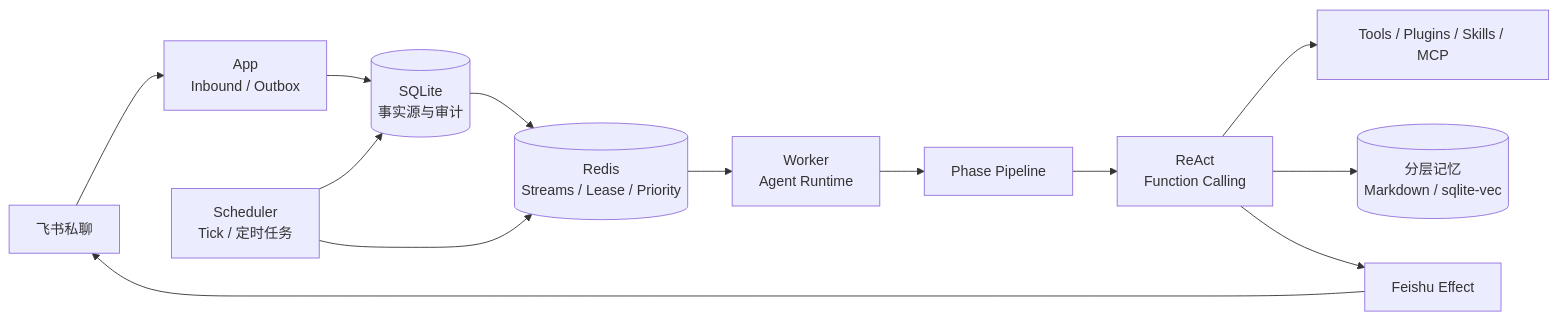
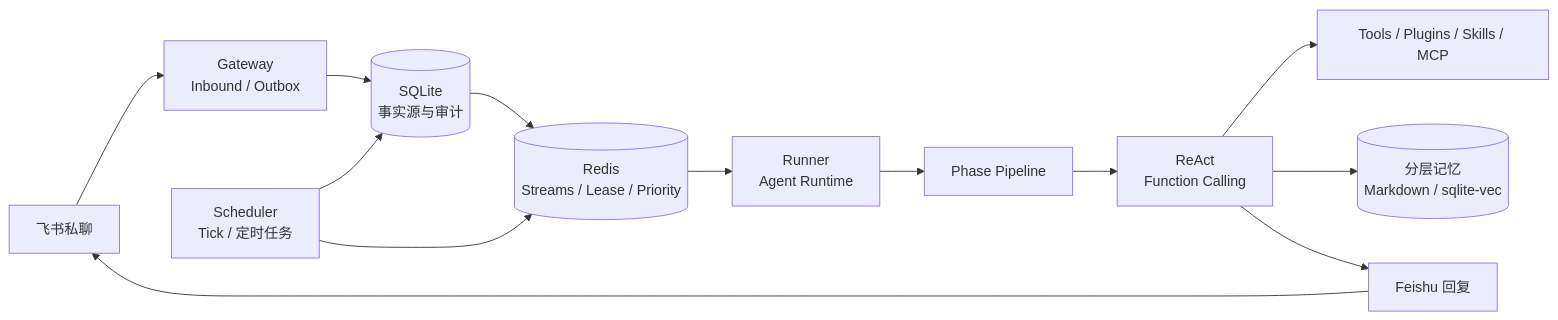
The diagram in README.md (CR-730/MemoPilot), drawn with Mermaid before and after one commit. The commit also changed other lines of this file and 1 other file, not shown here.

````diff
--- a/README.md
+++ b/README.md
@@ -50,16 +50,16 @@
 ```mermaid
 flowchart LR
-    U[飞书私聊] --> A["App<br/>Inbound / Outbox"]
+    U[飞书私聊] --> A["Gateway<br/>Inbound / Outbox"]
     S["Scheduler<br/>Tick / 定时任务"] --> DB[("SQLite<br/>事实源与审计")]
     A --> DB
     DB --> R[(Redis
 Streams / Lease / Priority)]
     S --> R
-    R --> W["Worker<br/>Agent Runtime"]
+    R --> W["Runner<br/>Agent Runtime"]
     W --> P[Phase Pipeline]
     P --> X["ReAct<br/>Function Calling"]
     X --> E[Tools / Plugins / Skills / MCP]
     X --> M[("分层记忆<br/>Markdown / sqlite-vec")]
-    X --> F[Feishu Effect]
+    X --> F[Feishu 回复]
     F --> U
 ```
````
